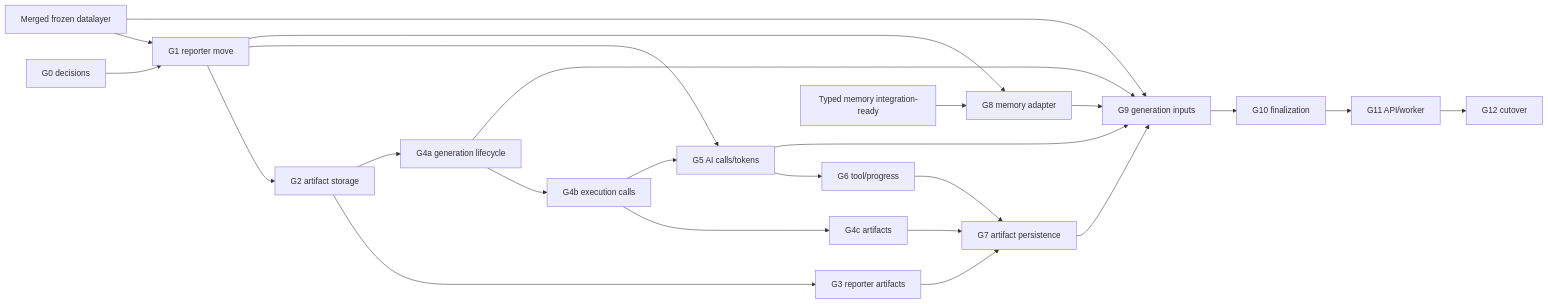
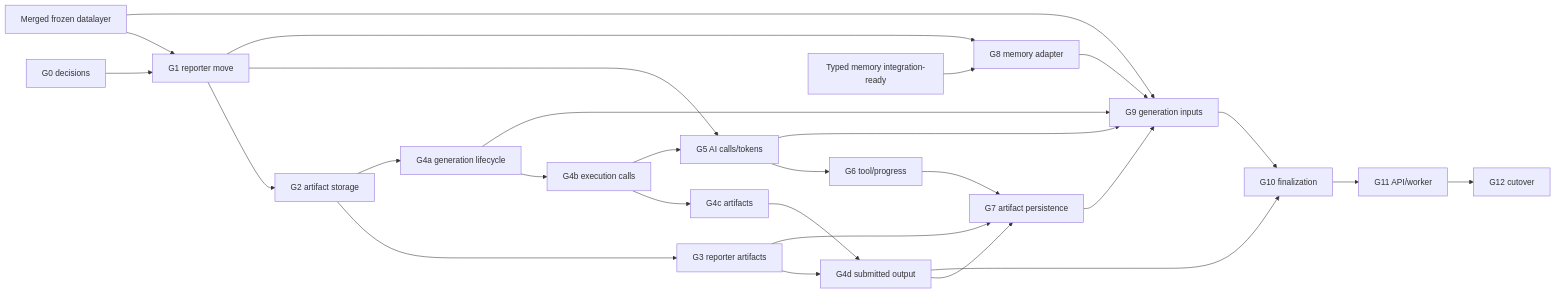
One commit to maxwn04/AIdamShefter-v2 changed the diagram in docs/generation/implementation-plan.md. Above: the diagram before and after it, drawn with Mermaid. The commit also changed other lines of this file and 21 other files, not shown here.

Commit message:
feat(reporting): attach submitted generation output

````diff
--- a/docs/generation/implementation-plan.md
+++ b/docs/generation/implementation-plan.md
@@ -245,26 +264,29 @@
 ```mermaid
 flowchart LR
     G0["G0 decisions"] --> G1["G1 reporter move"]
     G1 --> G2["G2 artifact storage"]
     G2 --> G3["G3 reporter artifacts"]
     G2 --> G4A["G4a generation lifecycle"]
     G4A --> G4B["G4b execution calls"]
     G4B --> G4C["G4c artifacts"]
+    G3 --> G4D["G4d submitted output"]
+    G4C --> G4D
     G1 --> G5["G5 AI calls/tokens"]
     G4B --> G5
     G5 --> G6["G6 tool/progress"]
     G6 --> G7["G7 artifact persistence"]
     G3 --> G7
-    G4C --> G7
+    G4D --> G7
     G1 --> G8["G8 memory adapter"]
     Memory["Typed memory integration-ready"] --> G8
     Data["Merged frozen datalayer"] --> G1
     Data --> G9["G9 generation inputs"]
     G4A --> G9
     G5 --> G9
     G7 --> G9
     G8 --> G9
     G9 --> G10["G10 finalization"]
+    G4D --> G10
     G10 --> G11["G11 API/worker"]
     G11 --> G12["G12 cutover"]
 ```
````
